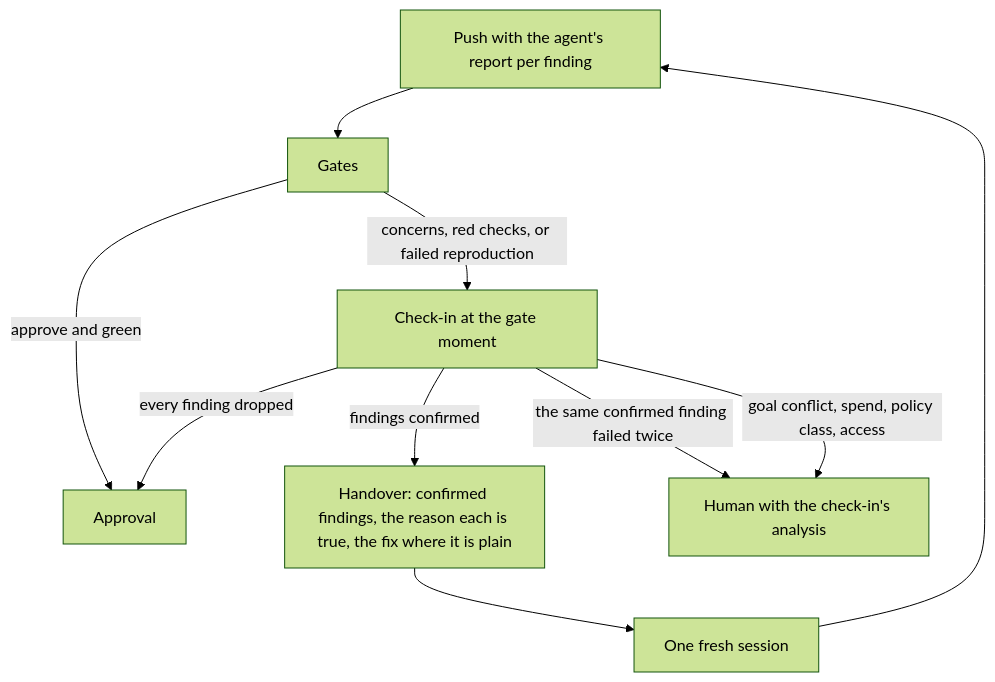
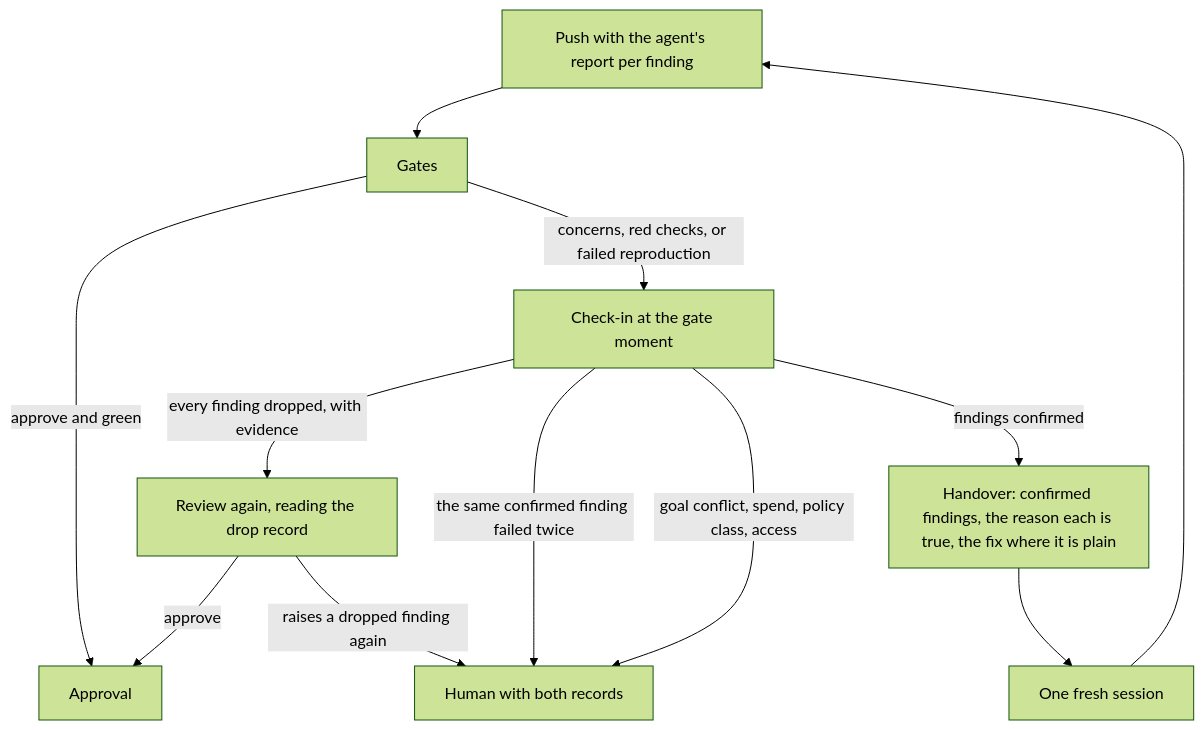
Before and after one commit to sebastianrueckerai/ai-software-factory: the eighth of 9 diagrams in docs/escalation-ladder-redesign-2026-10-15.md, drawn with Mermaid (forest theme). The commit also changed other lines of this file, not shown here.

Commit message:
Escalation ladder redesign: the filer sets the rung, the planner role, the budget path through the funding check, three guardrails on dropping a finding, dated answers, the stale sweep reads liveness, replay scenarios as the test, and the order of work

````diff
--- a/docs/escalation-ladder-redesign-2026-10-15.md
+++ b/docs/escalation-ladder-redesign-2026-10-15.md
@@ -373,12 +380,14 @@
 ```mermaid
 flowchart TD
   P["Push with the agent's report per finding"] --> G[Gates]
   G -->|approve and green| AP[Approval]
   G -->|concerns, red checks, or failed reproduction| CK[Check-in at the gate moment]
-  CK -->|every finding dropped| AP
+  CK -->|every finding dropped, with evidence| RR[Review again, reading the drop record]
+  RR -->|approve| AP
+  RR -->|raises a dropped finding again| H["Human with both records"]
   CK -->|findings confirmed| HO[Handover: confirmed findings, the reason each is true, the fix where it is plain]
   HO --> S[One fresh session]
   S --> P
-  CK -->|the same confirmed finding failed twice| H["Human with the check-in's analysis"]
+  CK -->|the same confirmed finding failed twice| H
   CK -->|goal conflict, spend, policy class, access| H
 ```
````
